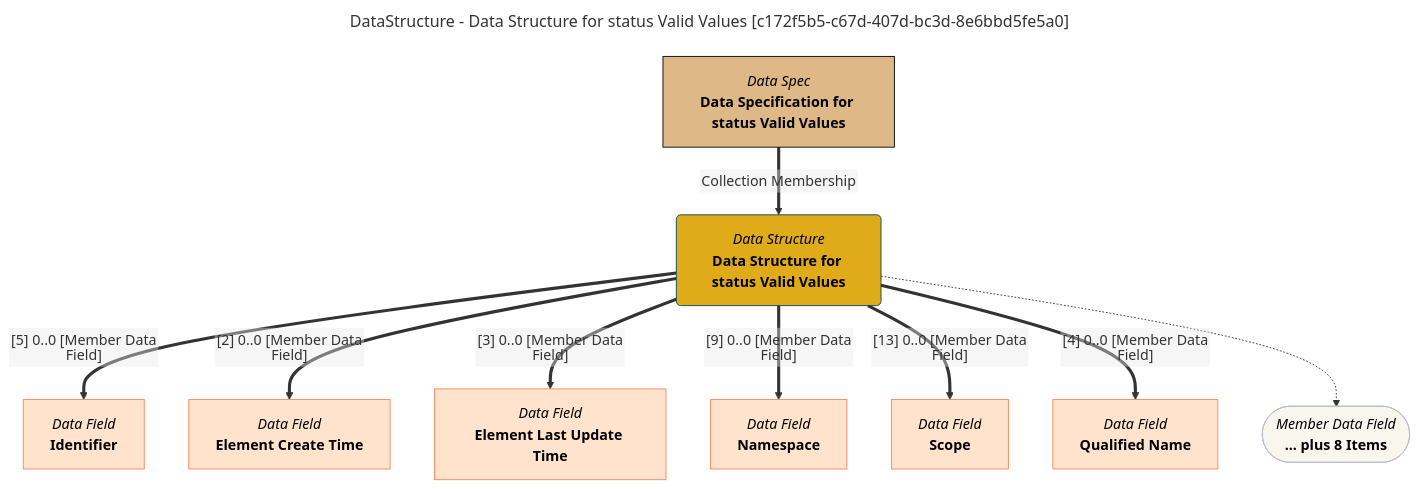
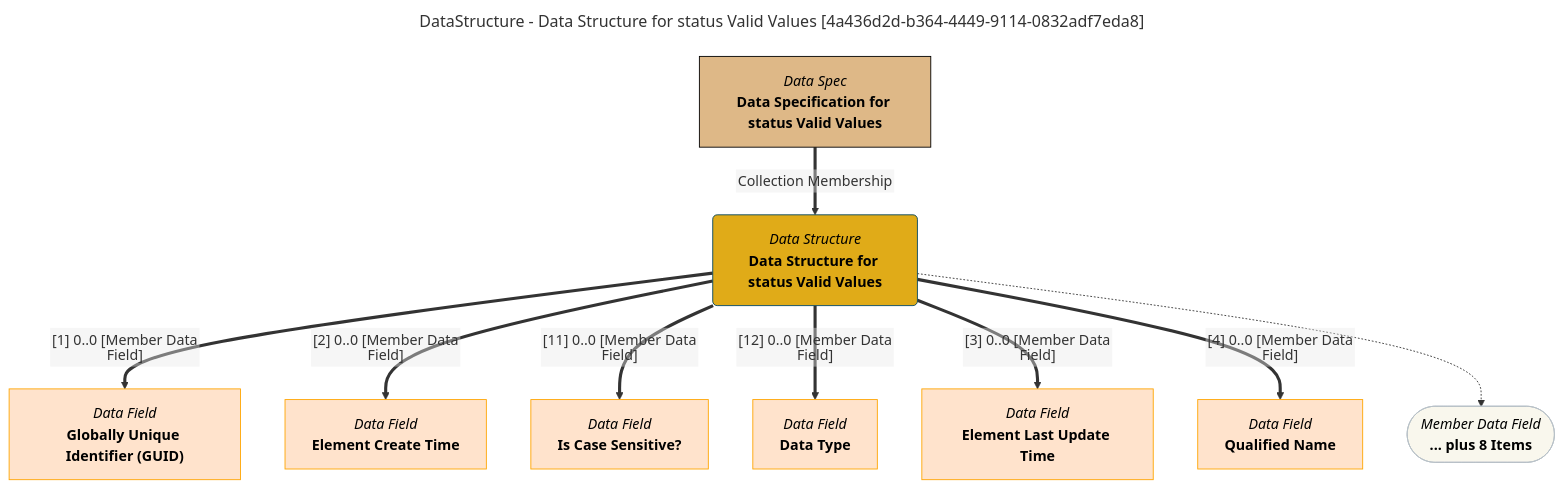
Before and after one commit to odpi/egeria-docs: the diagram in site/snippets/data-structures/data-structure-for-status-valid-values-mermaid-graph.md, drawn with Mermaid. The commit also changed 2201 other files, not shown here.

````diff
--- a/site/snippets/data-structures/data-structure-for-status-valid-values-mermaid-graph.md
+++ b/site/snippets/data-structures/data-structure-for-status-valid-values-mermaid-graph.md
@@ -1,43 +1,43 @@
 ```mermaid
 ---
-title: DataStructure - Data Structure for status Valid Values [c172f5b5-c67d-407d-bc3d-8e6bbd5fe5a0]
+title: DataStructure - Data Structure for status Valid Values [4a436d2d-b364-4449-9114-0832adf7eda8]
 ---
 flowchart TD
 %%{init: {"flowchart": {"htmlLabels": false}} }%%
 
 1@{ shape: rounded, label: "*Data Structure*
 **Data Structure for status Valid Values**"}
 2@{ shape: rect, label: "*Data Spec*
 **Data Specification for status Valid Values**"}
 2==>|"Collection Membership"|1
 3@{ shape: rect, label: "*Data Field*
-**Identifier**"}
-1==>|"[5] 0..0 [Member Data Field]"|3
+**Globally Unique Identifier (GUID)**"}
+1==>|"[1] 0..0 [Member Data Field]"|3
 4@{ shape: rect, label: "*Data Field*
 **Element Create Time**"}
 1==>|"[2] 0..0 [Member Data Field]"|4
 5@{ shape: rect, label: "*Data Field*
+**Is Case Sensitive?**"}
+1==>|"[11] 0..0 [Member Data Field]"|5
+6@{ shape: rect, label: "*Data Field*
+**Data Type**"}
+1==>|"[12] 0..0 [Member Data Field]"|6
+7@{ shape: rect, label: "*Data Field*
 **Element Last Update Time**"}
-1==>|"[3] 0..0 [Member Data Field]"|5
-6@{ shape: rect, label: "*Data Field*
-**Namespace**"}
-1==>|"[9] 0..0 [Member Data Field]"|6
-7@{ shape: rect, label: "*Data Field*
-**Scope**"}
-1==>|"[13] 0..0 [Member Data Field]"|7
+1==>|"[3] 0..0 [Member Data Field]"|7
 8@{ shape: rect, label: "*Data Field*
 **Qualified Name**"}
 1==>|"[4] 0..0 [Member Data Field]"|8
 9@{ shape: stadium, label: "*Member Data Field*
 **... plus 8 Items**"}
 1-.->9
 style 1 color:#000000, fill:#e0ab18, stroke:#004563
-style 2 color:#000000, fill:#deb887, stroke:#000000
-style 3 color:#000000, fill:#ffe3cc, stroke:#f9845b
-style 4 color:#000000, fill:#ffe3cc, stroke:#f9845b
-style 5 color:#000000, fill:#ffe3cc, stroke:#f9845b
-style 6 color:#000000, fill:#ffe3cc, stroke:#f9845b
-style 7 color:#000000, fill:#ffe3cc, stroke:#f9845b
-style 8 color:#000000, fill:#ffe3cc, stroke:#f9845b
+style 2 color:#000000, fill:#DEB887, stroke:#000000
+style 3 color:#000000, fill:#ffe3cc, stroke:#FFA500
+style 4 color:#000000, fill:#ffe3cc, stroke:#FFA500
+style 5 color:#000000, fill:#ffe3cc, stroke:#FFA500
+style 6 color:#000000, fill:#ffe3cc, stroke:#FFA500
+style 7 color:#000000, fill:#ffe3cc, stroke:#FFA500
+style 8 color:#000000, fill:#ffe3cc, stroke:#FFA500
 style 9 color:#000000, fill:#F9F7ED, stroke:#b7c0c7
 ```
````
